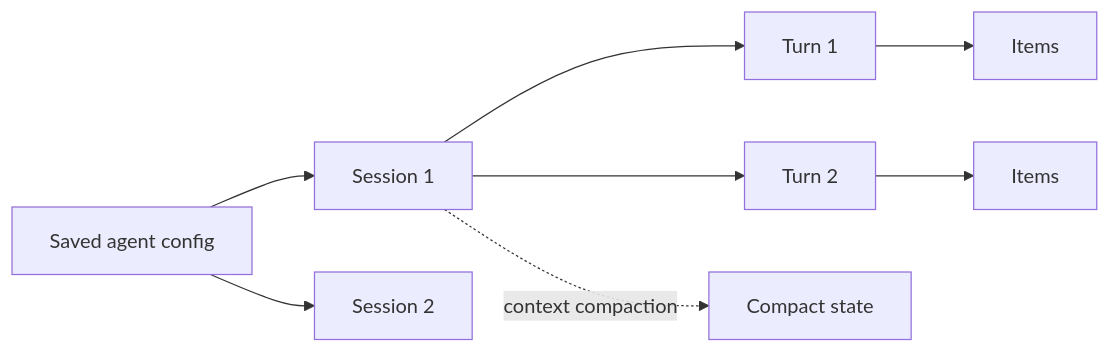
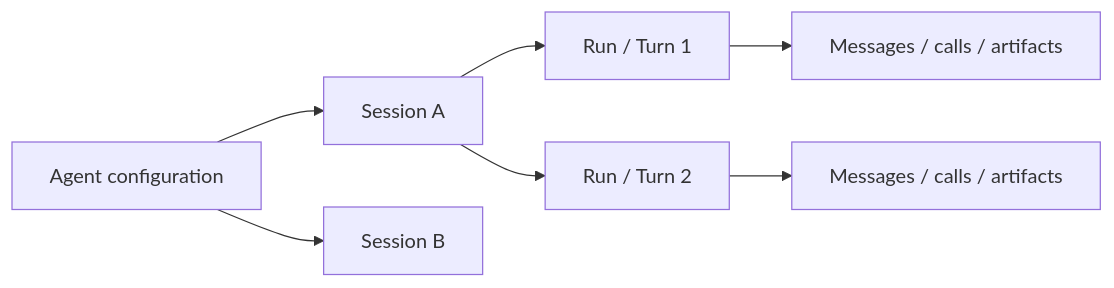
Before and after one commit to huynv-xyz/vhm: the ninth of 12 diagrams in OPENAI_AGENTS_GUIDE_VI.md, drawn with Mermaid. The commit also changed other lines of this file, not shown here.

````diff
--- a/OPENAI_AGENTS_GUIDE_VI.md
+++ b/OPENAI_AGENTS_GUIDE_VI.md
@@ -460,10 +344,9 @@
 ```mermaid
 flowchart LR
-    AG[Saved agent config] --> S1[Session 1]
-    AG --> S2[Session 2]
-    S1 --> T1[Turn 1]
-    S1 --> T2[Turn 2]
-    T1 --> I1[Items]
-    T2 --> I2[Items]
-    S1 -. context compaction .-> CS[Compact state]
+    CFG[Agent configuration] --> S1[Session A]
+    CFG --> S2[Session B]
+    S1 --> R1[Run / Turn 1]
+    S1 --> R2[Run / Turn 2]
+    R1 --> I1[Messages / calls / artifacts]
+    R2 --> I2[Messages / calls / artifacts]
 ```
````
